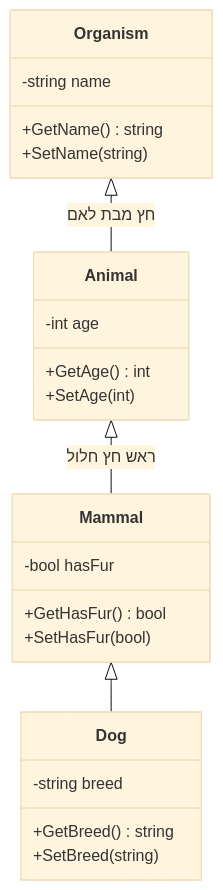
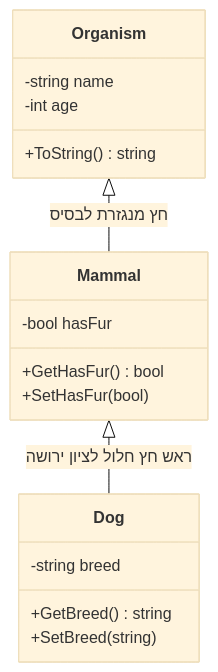
Before and after one commit to 3strategy/BeautifulMivney: the first of 2 diagrams in oop/01inheritance.md, drawn with Mermaid (base theme). The commit also changed other lines of this file and 1 other file, not shown here.

```diff
--- a/oop/01inheritance.md
+++ b/oop/01inheritance.md
@@ -40,30 +47,24 @@
 <div class="mermaid" style="direction:ltr">
 classDiagram
     direction TB
     class Organism {
       -string name
-      +GetName() string
-      +SetName(string)
-    }
-    class Animal {
       -int age
-      +GetAge() int
-      +SetAge(int)
+      +ToString() string
     }
     class Mammal {
       -bool hasFur
       +GetHasFur() bool
       +SetHasFur(bool)
     }
     class Dog {
       -string breed
       +GetBreed() string
       +SetBreed(string)
     }
 
+    Organism <|-- Mammal : חץ מנגזרת לבסיס
+    Mammal <|-- Dog : ראש חץ חלול לציון ירושה
 
-    Organism <|-- Animal : חץ מבת לאם
-    Animal <|-- Mammal :ראש חץ חלול
-    Mammal <|-- Dog
 
 </div>
```
